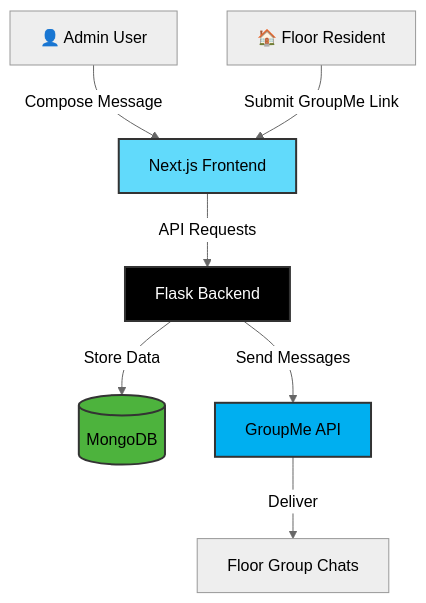
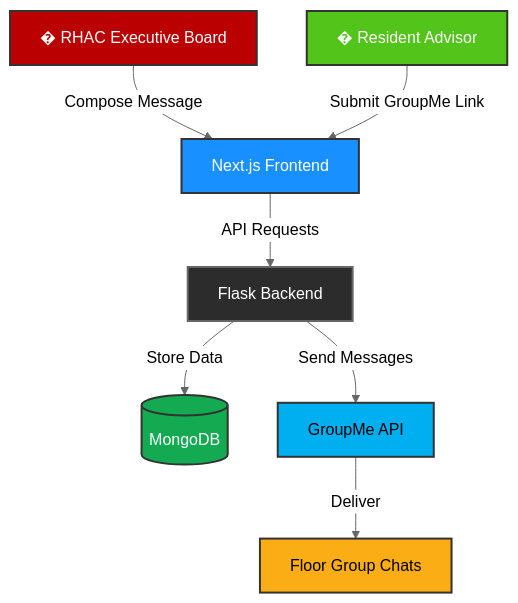
Before and after one commit to WesleyKamau/RHACbot: the diagram in README.md, drawn with Mermaid (neutral theme).

Commit message:
docs: update architecture diagram with correct roles and improved color contrast

````diff
--- a/README.md
+++ b/README.md
@@ -120,14 +120,17 @@
 ```mermaid
 graph TD
-    A[👤 Admin User] -->|Compose Message| B[Next.js Frontend]
-    C[🏠 Floor Resident] -->|Submit GroupMe Link| B
+    A[� RHAC Executive Board] -->|Compose Message| B[Next.js Frontend]
+    C[� Resident Advisor] -->|Submit GroupMe Link| B
     B -->|API Requests| D[Flask Backend]
     D -->|Store Data| E[(MongoDB)]
     D -->|Send Messages| F[GroupMe API]
     F -->|Deliver| G[Floor Group Chats]
     
-    style B fill:#61dafb,stroke:#333,stroke-width:2px
-    style D fill:#000,stroke:#333,stroke-width:2px,color:#fff
-    style E fill:#4db33d,stroke:#333,stroke-width:2px
-    style F fill:#00aff0,stroke:#333,stroke-width:2px
+    style A fill:#ba0001,stroke:#333,stroke-width:2px,color:#fff
+    style B fill:#1890ff,stroke:#333,stroke-width:2px,color:#fff
+    style C fill:#52c41a,stroke:#333,stroke-width:2px,color:#fff
+    style D fill:#2c2c2c,stroke:#666,stroke-width:2px,color:#fff
+    style E fill:#13aa52,stroke:#333,stroke-width:2px,color:#fff
+    style F fill:#00aff0,stroke:#333,stroke-width:2px,color:#000
+    style G fill:#faad14,stroke:#333,stroke-width:2px,color:#000
 ```
````
